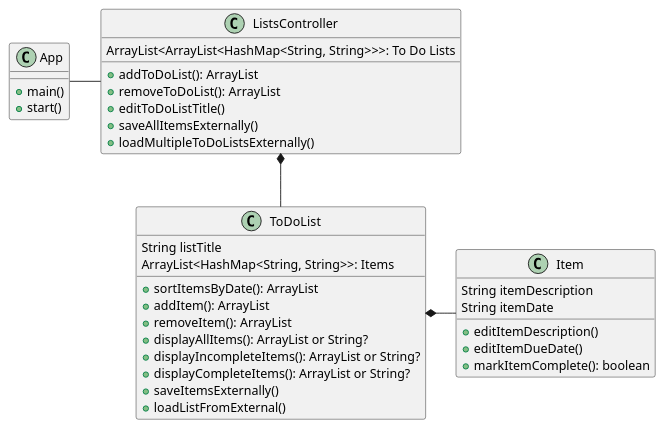
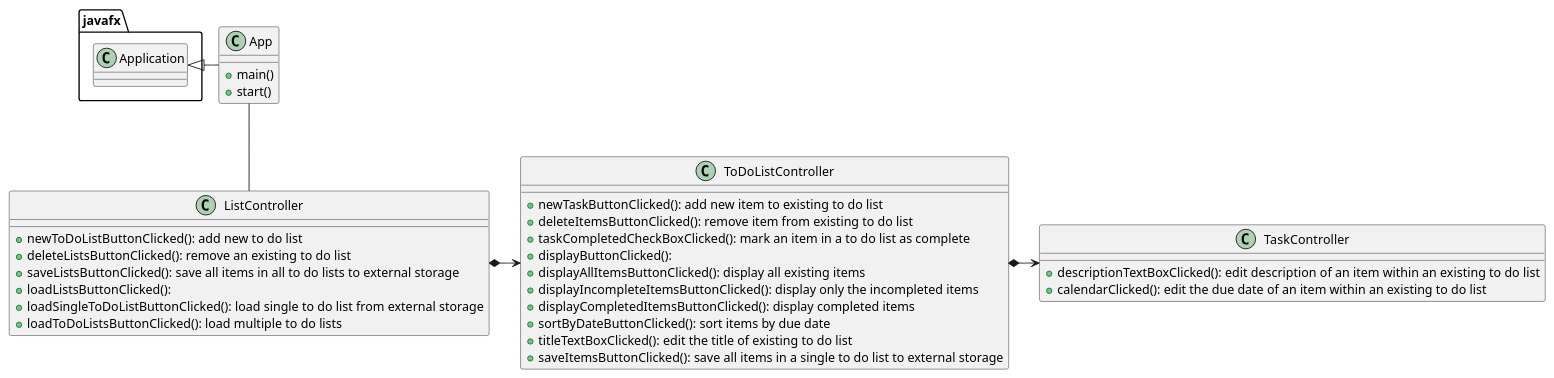
The diagram in uml/ToDoList.puml (savosburn/To-Do-List-with-GUI-Planning), drawn with PlantUML before and after one commit. The commit also changed 6 other files, not shown here.

```diff
--- a/uml/ToDoList.puml
+++ b/uml/ToDoList.puml
@@ -1,47 +1,41 @@
 @startuml
 'https://plantuml.com/sequence-diagram
 
 class App {
     + main()
     + start()
 }
 
-class ListsController {
-
-    ArrayList<ArrayList<HashMap<String, String>>>: To Do Lists
-
-    + addToDoList(): ArrayList
-    + removeToDoList(): ArrayList
-    + editToDoListTitle()
-    + saveAllItemsExternally()
-    + loadMultipleToDoListsExternally()
+class ListController {
+    + newToDoListButtonClicked(): add new to do list
+    + deleteListsButtonClicked(): remove an existing to do list
+    + saveListsButtonClicked(): save all items in all to do lists to external storage
+    + loadListsButtonClicked():
+        + loadSingleToDoListButtonClicked(): load single to do list from external storage
+        + loadToDoListsButtonClicked(): load multiple to do lists
 }
 
-class ToDoList {
-    String listTitle
-    ArrayList<HashMap<String, String>>: Items
-
-    + sortItemsByDate(): ArrayList
-    + addItem(): ArrayList
-    + removeItem(): ArrayList
-    + displayAllItems(): ArrayList or String?
-    + displayIncompleteItems(): ArrayList or String?
-    + displayCompleteItems(): ArrayList or String?
-    + saveItemsExternally()
-    + loadListFromExternal()
+class ToDoListController {
+    + newTaskButtonClicked(): add new item to existing to do list
+    + deleteItemsButtonClicked(): remove item from existing to do list
+    + taskCompletedCheckBoxClicked(): mark an item in a to do list as complete
+    + displayButtonClicked():
+        + displayAllItemsButtonClicked(): display all existing items
+        + displayIncompleteItemsButtonClicked(): display only the incompleted items
+        + displayCompletedItemsButtonClicked(): display completed items
+    + sortByDateButtonClicked(): sort items by due date
+    + titleTextBoxClicked(): edit the title of existing to do list
+    + saveItemsButtonClicked(): save all items in a single to do list to external storage
 }
 
-class Item {
-    String itemDescription
-    String itemDate
-
-    + editItemDescription()
-    + editItemDueDate()
-    + markItemComplete(): boolean
+class TaskController {
+    + descriptionTextBoxClicked(): edit description of an item within an existing to do list
+    + calendarClicked(): edit the due date of an item within an existing to do list
 }
 
-App - ListsController
-ListsController *-- ToDoList
-ToDoList *- Item
+javafx.Application <|- App
+App -- ListController
+ListController *-> ToDoListController
+ToDoListController *-> TaskController
 
 @enduml
```
